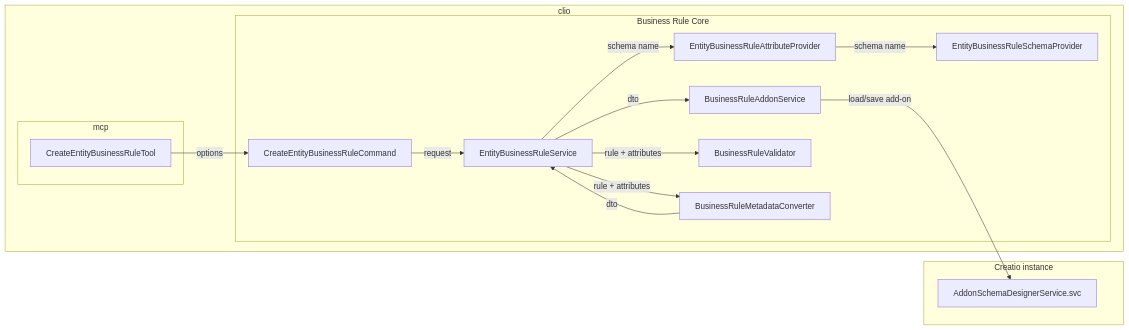
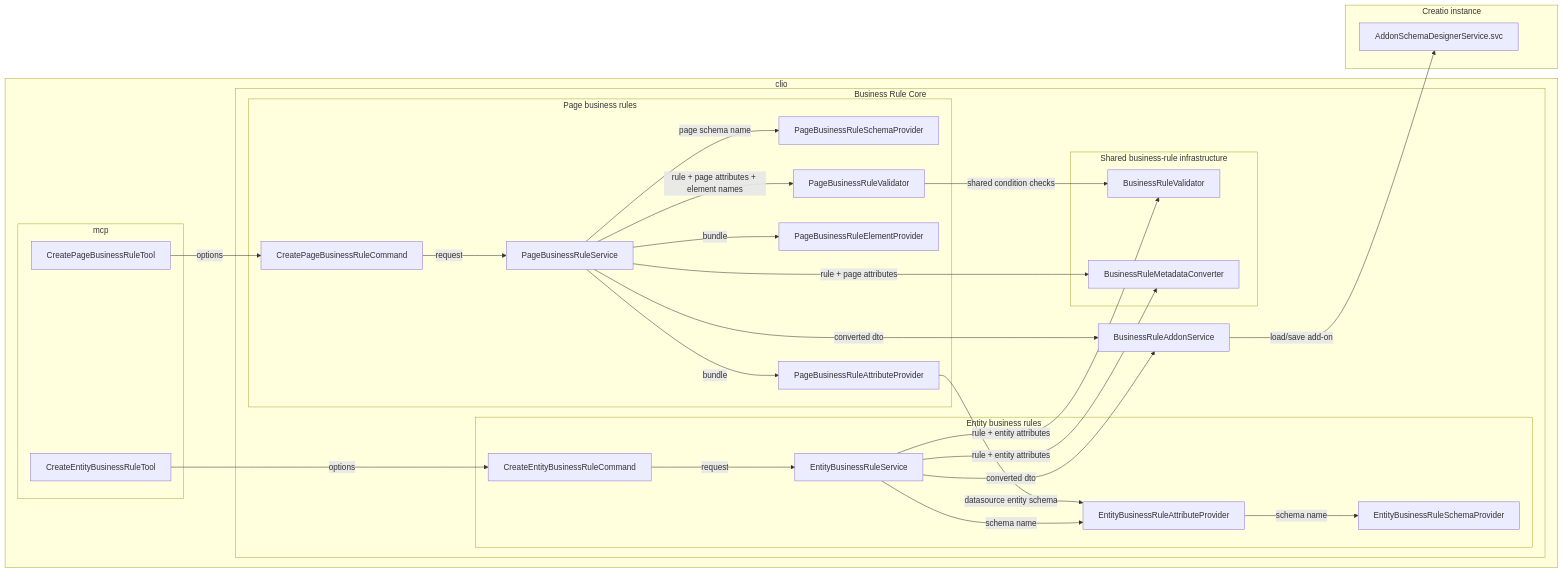
One commit to Advance-Technologies-Foundation/clio changed the diagram in spec/business-rules/business-rules-architecture.md. Above: the diagram before and after it, drawn with Mermaid. The commit also changed 2 other files, not shown here.

Commit message:
feat(mcp): create page business rule mcp tool: update docs
AI agents: codex

````diff
--- a/spec/business-rules/business-rules-architecture.md
+++ b/spec/business-rules/business-rules-architecture.md
@@ -9,32 +9,59 @@
 ```mermaid
 flowchart LR
     subgraph Clio["clio"]
         subgraph MCP["mcp"]
-            Tool["CreateEntityBusinessRuleTool"]
+            EntityTool["CreateEntityBusinessRuleTool"]
+            PageTool["CreatePageBusinessRuleTool"]
         end
 
         subgraph Core["Business Rule Core"]
-            Command["CreateEntityBusinessRuleCommand"]
-            Service["EntityBusinessRuleService"]
-            SchemaProvider["EntityBusinessRuleSchemaProvider"]
-            AttributeProvider["EntityBusinessRuleAttributeProvider"]
+            subgraph EntityCore["Entity business rules"]
+                EntityCommand["CreateEntityBusinessRuleCommand"]
+                EntityService["EntityBusinessRuleService"]
+                EntitySchemaProvider["EntityBusinessRuleSchemaProvider"]
+                EntityAttributeProvider["EntityBusinessRuleAttributeProvider"]
+            end
+
+            subgraph PageCore["Page business rules"]
+                PageCommand["CreatePageBusinessRuleCommand"]
+                PageService["PageBusinessRuleService"]
+                PageSchemaProvider["PageBusinessRuleSchemaProvider"]
+                PageAttributeProvider["PageBusinessRuleAttributeProvider"]
+                PageElementProvider["PageBusinessRuleElementProvider"]
+                PageValidator["PageBusinessRuleValidator"]
+            end
+
+            subgraph SharedCore["Shared business-rule infrastructure"]
+                Validator["BusinessRuleValidator"]
+                Converter["BusinessRuleMetadataConverter"]
+            end
+
             AddonService["BusinessRuleAddonService"]
-            Validator["BusinessRuleValidator"]
-            Converter["BusinessRuleMetadataConverter"]
         end
     end
 
     subgraph Creatio["Creatio instance"]
         Addon["AddonSchemaDesignerService.svc"]
     end
 
-    Tool -->|"options"| Command
-    Command -->|"request"| Service
-    Service -->|"schema name"| AttributeProvider
-    AttributeProvider -->|"schema name"| SchemaProvider
-    Service -->|"rule + attributes"| Validator
-    Service -->|"rule + attributes"| Converter
-    Converter -->|"dto"| Service
-    Service -->|"dto"| AddonService
+    EntityTool -->|"options"| EntityCommand
+    EntityCommand -->|"request"| EntityService
+    EntityService -->|"schema name"| EntityAttributeProvider
+    EntityAttributeProvider -->|"schema name"| EntitySchemaProvider
+    EntityService -->|"rule + entity attributes"| Validator
+    EntityService -->|"rule + entity attributes"| Converter
+    EntityService -->|"converted dto"| AddonService
+
+    PageTool -->|"options"| PageCommand
+    PageCommand -->|"request"| PageService
+    PageService -->|"page schema name"| PageSchemaProvider
+    PageService -->|"bundle"| PageAttributeProvider
+    PageAttributeProvider -->|"datasource entity schema"| EntityAttributeProvider
+    PageService -->|"bundle"| PageElementProvider
+    PageService -->|"rule + page attributes + element names"| PageValidator
+    PageValidator -->|"shared condition checks"| Validator
+    PageService -->|"rule + page attributes"| Converter
+    PageService -->|"converted dto"| AddonService
+
     AddonService -->|"load/save add-on"| Addon
 ```
````
